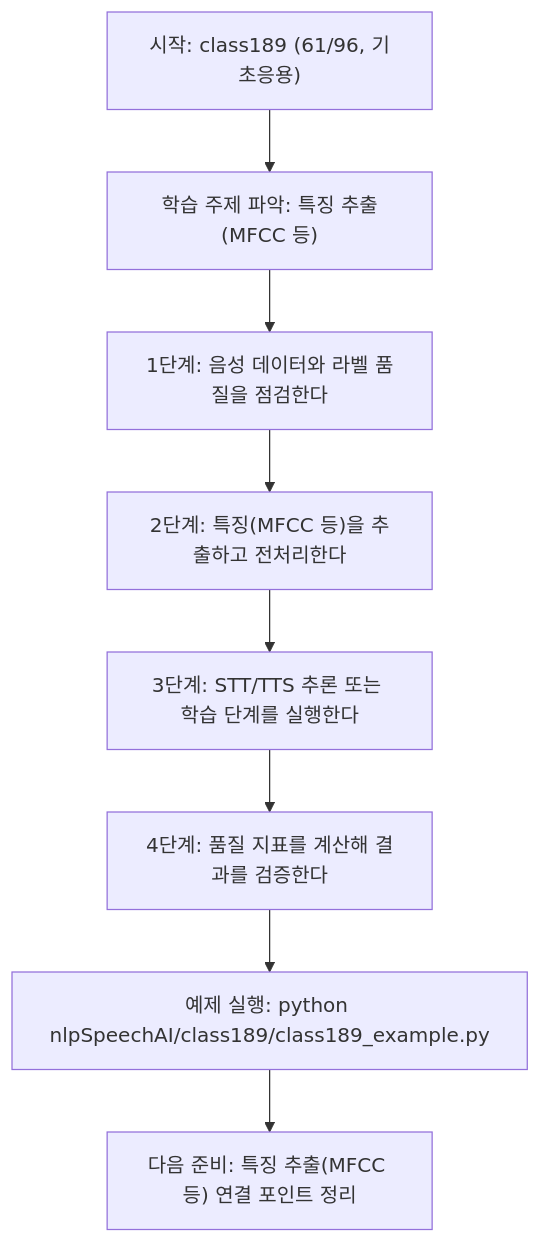
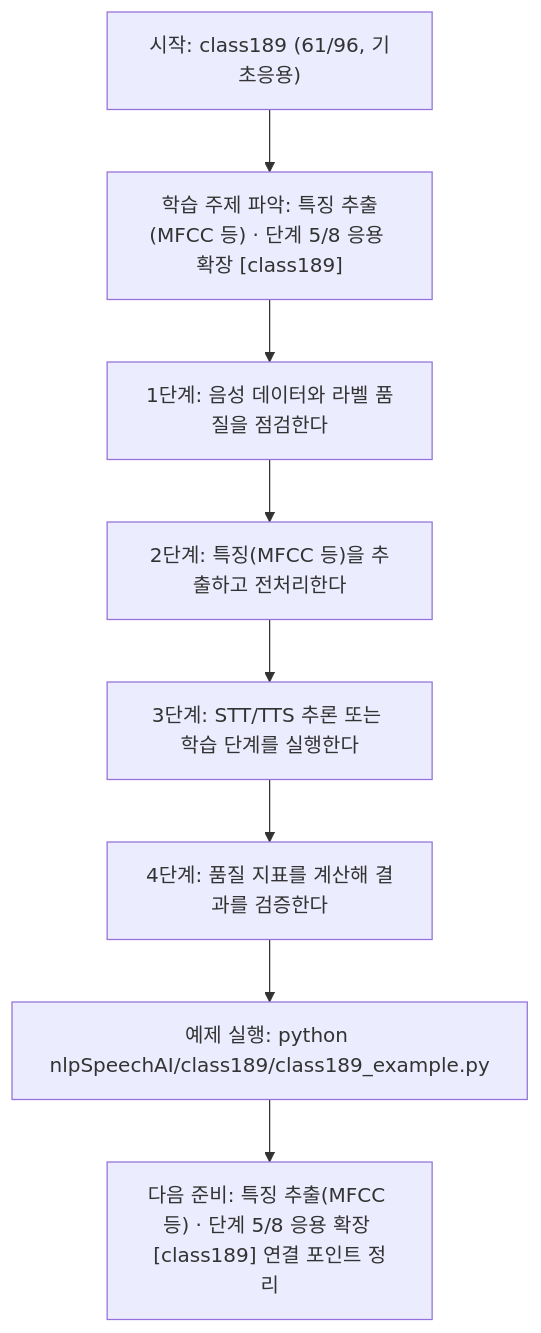
The diagram in nlpSpeechAI/class189/class189.md (edumgt/Python-AI_Agent-Class), drawn with Mermaid before and after one commit. The commit also changed other lines of this file and 522 other files, not shown here.

````diff
--- a/nlpSpeechAI/class189/class189.md
+++ b/nlpSpeechAI/class189/class189.md
@@ -113,18 +114,18 @@
 ```mermaid
 flowchart TD
 N1["시작: class189 (61/96, 기초응용)"]
-N2["학습 주제 파악: 특징 추출(MFCC 등)"]
+N2["학습 주제 파악: 특징 추출(MFCC 등) · 단계 5/8 응용 확장 [class189]"]
 N3["1단계: 음성 데이터와 라벨 품질을 점검한다"]
 N4["2단계: 특징(MFCC 등)을 추출하고 전처리한다"]
 N5["3단계: STT/TTS 추론 또는 학습 단계를 실행한다"]
 N6["4단계: 품질 지표를 계산해 결과를 검증한다"]
 N7["예제 실행: python nlpSpeechAI/class189/class189_example.py"]
-N8["다음 준비: 특징 추출(MFCC 등) 연결 포인트 정리"]
+N8["다음 준비: 특징 추출(MFCC 등) · 단계 5/8 응용 확장 [class189] 연결 포인트 정리"]
 N1 --> N2
 N2 --> N3
 N3 --> N4
 N4 --> N5
 N5 --> N6
 N6 --> N7
 N7 --> N8
 ```
````
